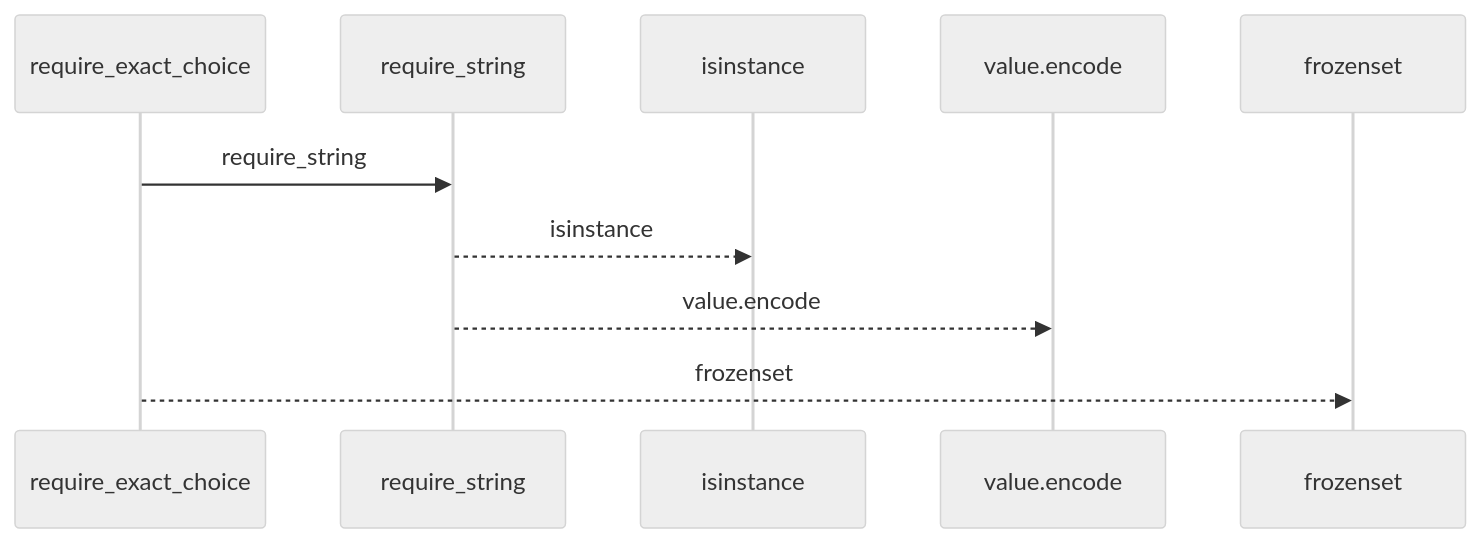
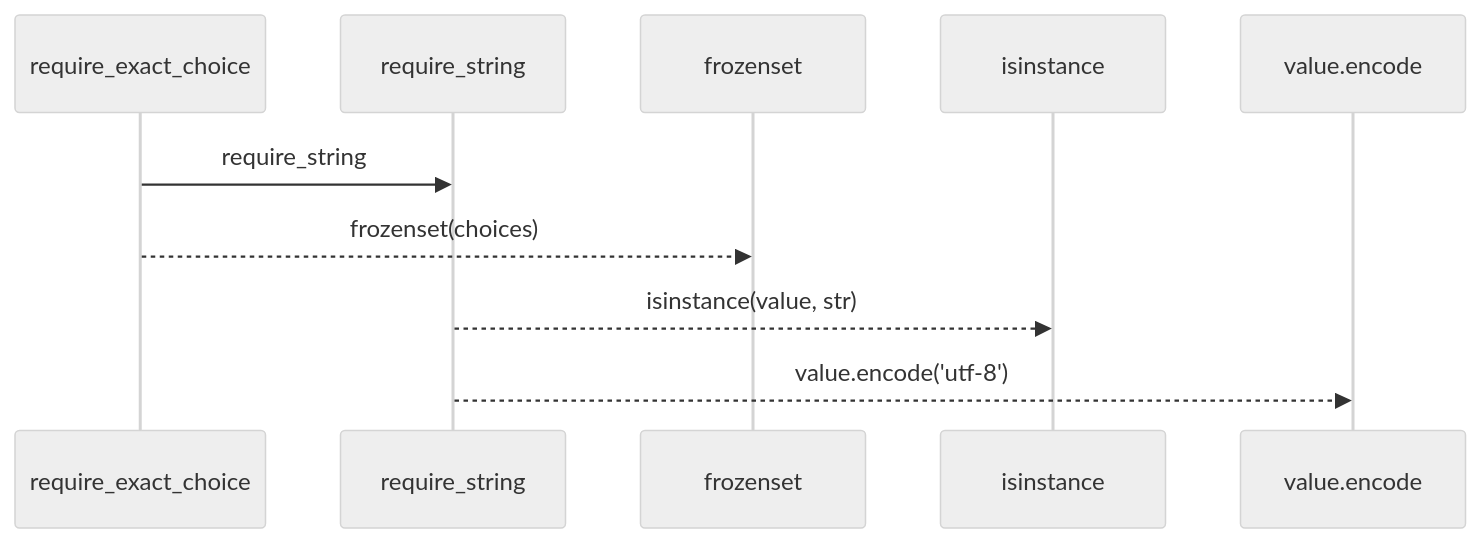
Before and after one commit to Denissvgn/python-wiki-llm: the first of 2 diagrams in docs/llm_wiki/flows/api-require_exact_choice.md, drawn with Mermaid (neutral theme). The commit also changed other lines of this file and 1410 other files, not shown here.

````diff
--- a/docs/llm_wiki/flows/api-require_exact_choice.md
+++ b/docs/llm_wiki/flows/api-require_exact_choice.md
@@ -10,12 +12,12 @@
 ```mermaid
 sequenceDiagram
     participant p0 as require_exact_choice
     participant p1 as require_string
-    participant p2 as isinstance
-    participant p3 as value.encode
-    participant p4 as frozenset
+    participant p2 as frozenset
+    participant p3 as isinstance
+    participant p4 as value.encode
     p0->>p1: require_string
-    p1-->>p2: isinstance
-    p1-->>p3: value.encode
-    p0-->>p4: frozenset
+    p0-->>p2: frozenset(choices)
+    p1-->>p3: isinstance(value, str)
+    p1-->>p4: value.encode('utf-8')
 ```
````
